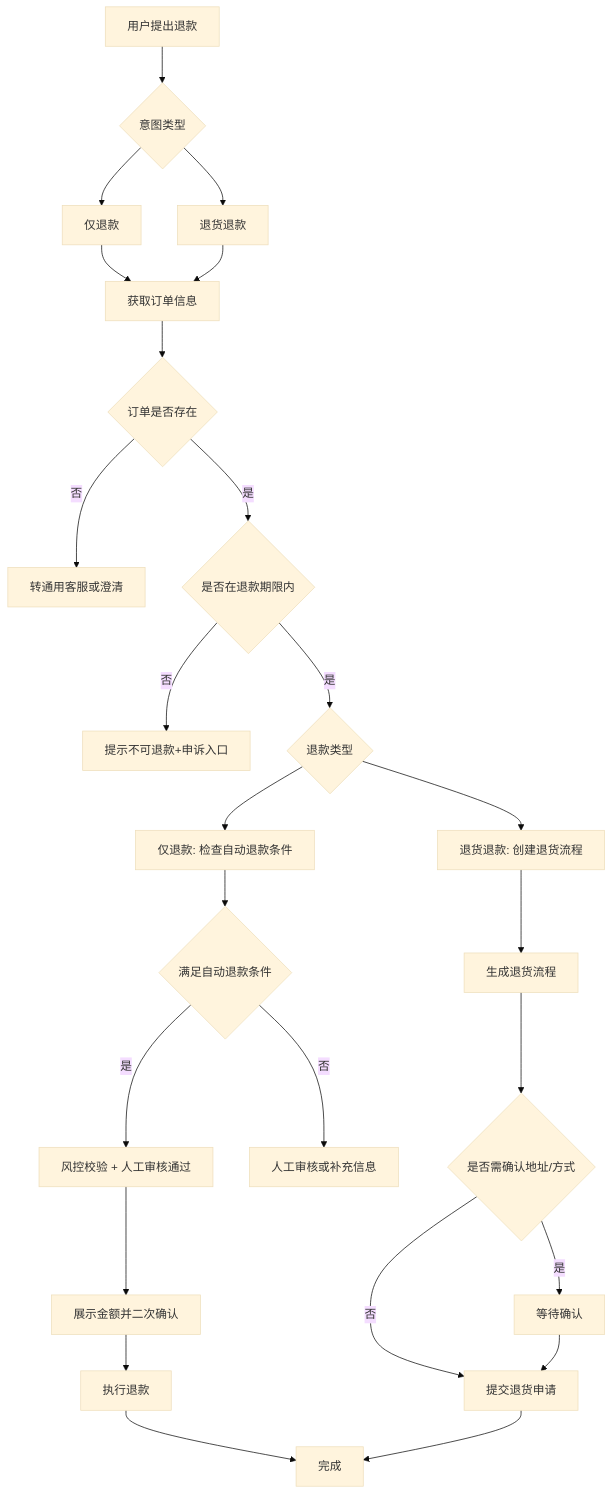
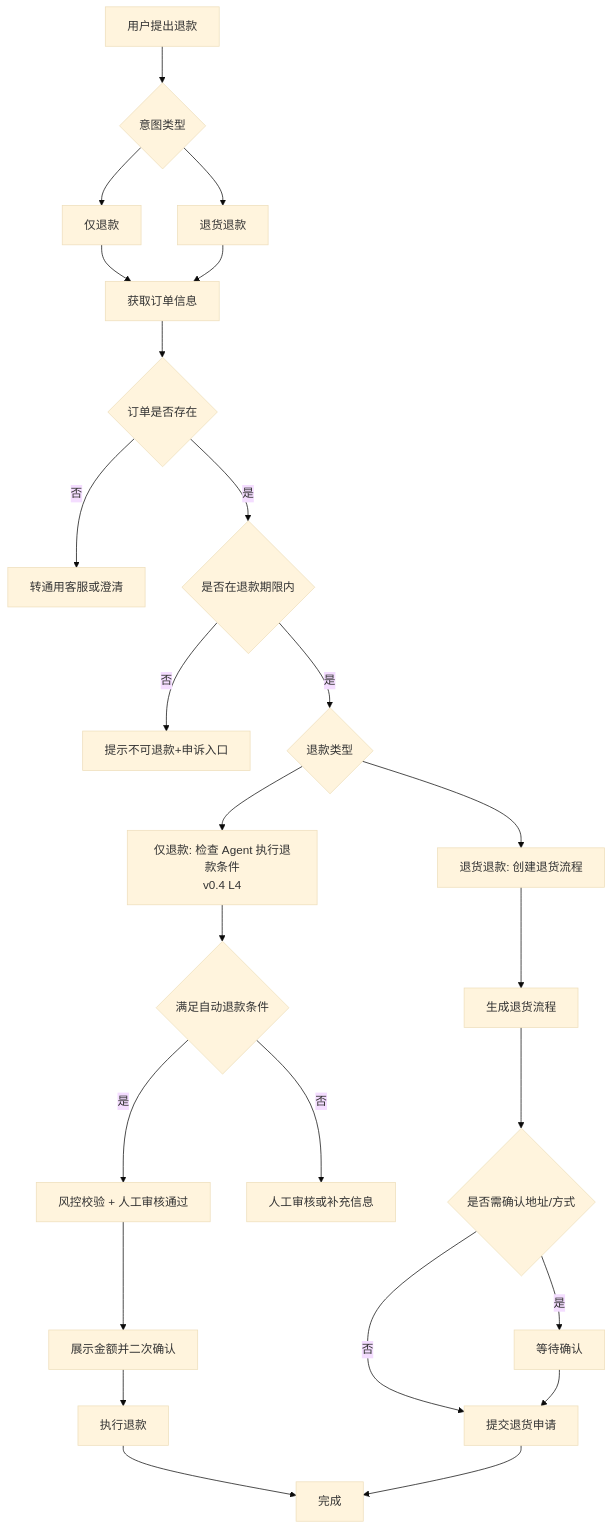
Before and after one commit to yshihao636/shopbot-demo: the seventh of 16 diagrams in ShopBot电商智能客服 PRD.md, drawn with Mermaid (base theme). The commit also changed other lines of this file, not shown here.

Commit message:
更新 PRD 至 v1.10：退货凭证规则、P0–P3 告警、追问上限、VIP 优先转接、人工客服节省率，补页面上线版本与流程图

````diff
--- a/ShopBot电商智能客服 PRD.md
+++ b/ShopBot电商智能客服 PRD.md
@@ -1146,27 +1256,27 @@
 ```mermaid
 flowchart TD
     A[用户提出退款] --> B{意图类型}
     B --> B1[仅退款]
     B --> B2[退货退款]
     B1 --> C[获取订单信息]
     B2 --> C
     C --> D{订单是否存在}
     D -- 否 --> Z[转通用客服或澄清]
     D -- 是 --> E{是否在退款期限内}
     E -- 否 --> F[提示不可退款+申诉入口]
     E -- 是 --> G{退款类型}
-    G --> G1[仅退款: 检查自动退款条件]
+    G --> G1[仅退款: 检查 Agent 执行退款条件<br>v0.4 L4]
     G --> G2[退货退款: 创建退货流程]
     G1 --> H{满足自动退款条件}
     H -- 是 --> I[风控校验 + 人工审核通过]
     I --> I1[展示金额并二次确认]
     I1 --> I2[执行退款]
     H -- 否 --> J[人工审核或补充信息]
     G2 --> K[生成退货流程]
     K --> L{是否需确认地址/方式}
     L -- 是 --> M[等待确认]
     L -- 否 --> N[提交退货申请]
     I2 --> O[完成]
     N --> O
     M --> N
 ```
````
